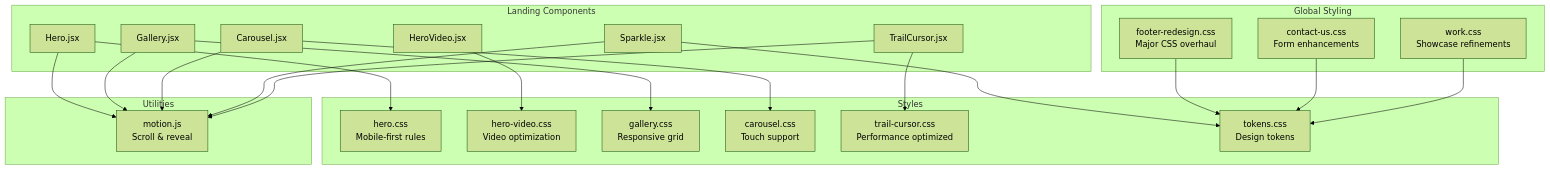
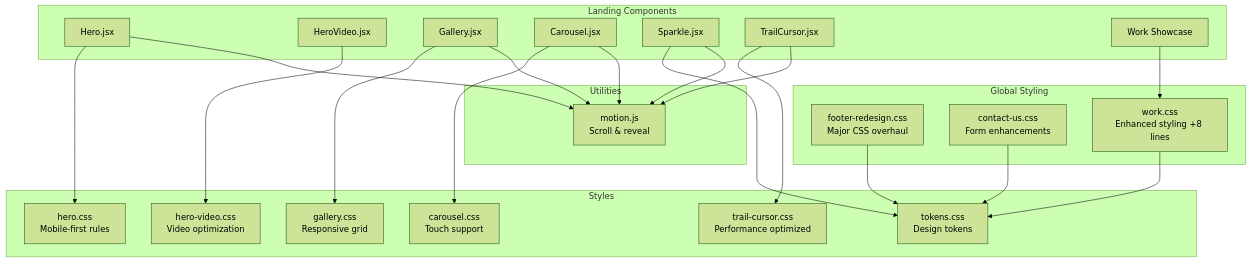
Before and after one commit to Theja4/podiummomentum: the first of 8 diagrams in .qoder/repowiki/en/content/Styling and Design System/Component Styling Patterns/Landing Page Component Styles.md, drawn with Mermaid (forest theme). The commit also changed other lines of this file and 22 other files, not shown here.

````diff
--- a/.qoder/repowiki/en/content/Styling and Design System/Component Styling Patterns/Landing Page Component Styles.md
+++ b/.qoder/repowiki/en/content/Styling and Design System/Component Styling Patterns/Landing Page Component Styles.md
@@ -73,41 +71,43 @@
 ```mermaid
 graph TB
 subgraph "Landing Components"
 H["Hero.jsx"]
 HV["HeroVideo.jsx"]
 G["Gallery.jsx"]
 C["Carousel.jsx"]
 S["Sparkle.jsx"]
 T["TrailCursor.jsx"]
+WS["Work Showcase"]
 end
 subgraph "Global Styling"
 FR["footer-redesign.css<br/>Major CSS overhaul"]
 CU["contact-us.css<br/>Form enhancements"]
-W["work.css<br/>Showcase refinements"]
+W["work.css<br/>Enhanced styling +8 lines"]
 end
 subgraph "Styles"
 HC["hero.css<br/>Mobile-first rules"]
 HVC["hero-video.css<br/>Video optimization"]
 GC["gallery.css<br/>Responsive grid"]
 CC["carousel.css<br/>Touch support"]
 TC["trail-cursor.css<br/>Performance optimized"]
 TK["tokens.css<br/>Design tokens"]
 end
 subgraph "Utilities"
 M["motion.js<br/>Scroll & reveal"]
 end
 H --> HC
 HV --> HVC
 G --> GC
 C --> CC
 S --> TK
 T --> TC
 H --> M
 G --> M
 C --> M
 S --> M
 T --> M
 FR --> TK
 CU --> TK
 W --> TK
+WS --> W
 ```
````
